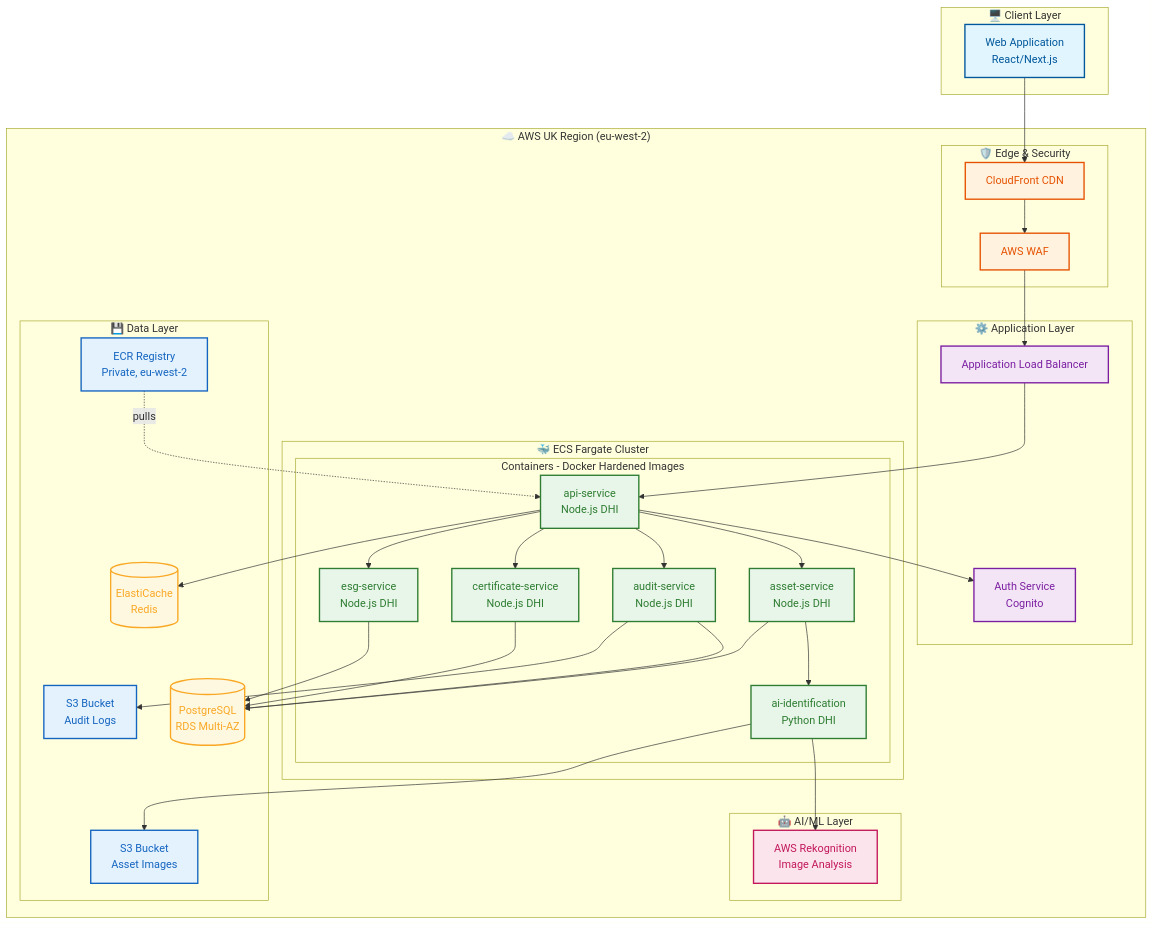
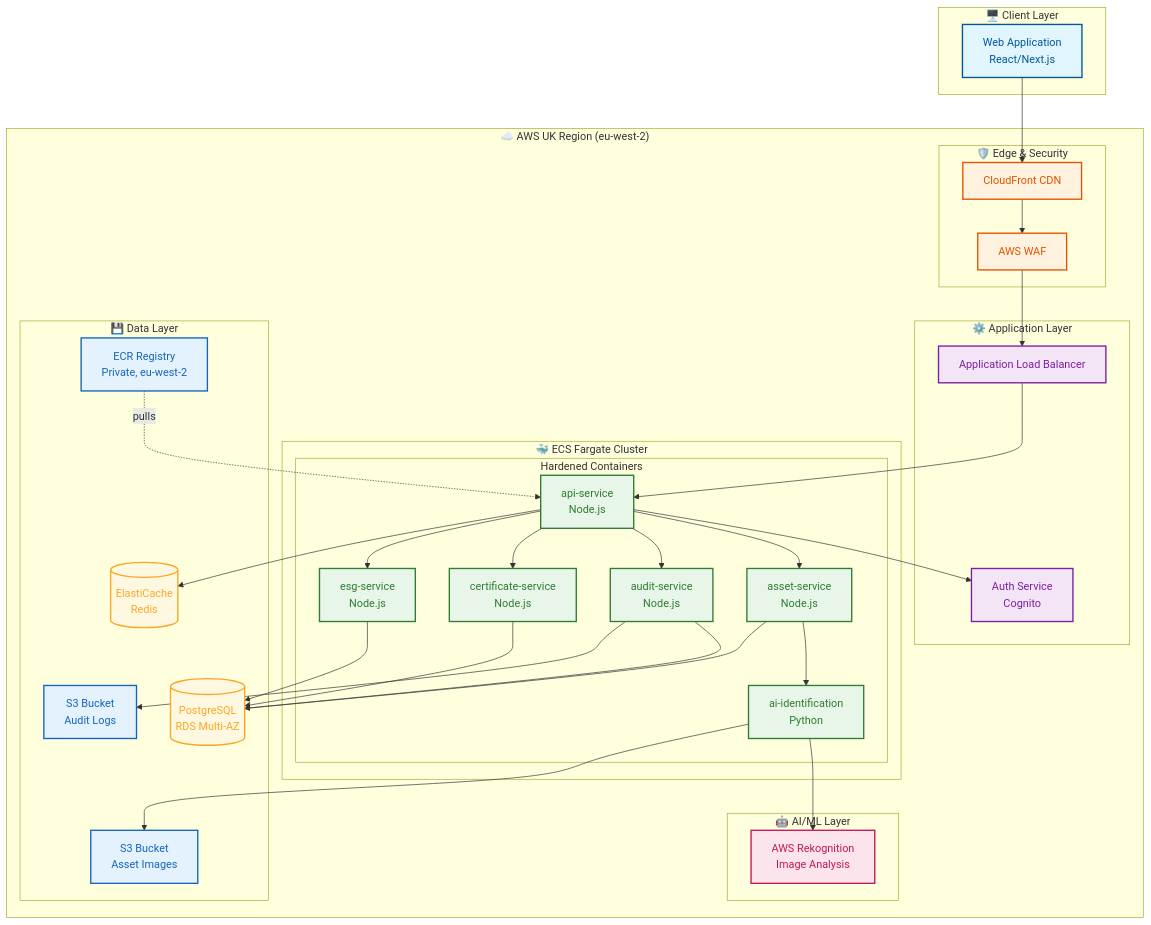
Before and after one commit to nugehs/ai-reclaim-m0: the first of 3 diagrams in docs/01-system-architecture/README.md, drawn with Mermaid. The commit also changed other lines of this file and 6 other files, not shown here.

````diff
--- a/docs/01-system-architecture/README.md
+++ b/docs/01-system-architecture/README.md
@@ -96,78 +96,78 @@
 ```mermaid
 graph TB
     subgraph CLIENT["🖥️ Client Layer"]
         WEB[Web Application<br/>React/Next.js]
     end
 
     subgraph AWS["☁️ AWS UK Region (eu-west-2)"]
         subgraph EDGE["🛡️ Edge & Security"]
             CF[CloudFront CDN]
             WAF[AWS WAF]
         end
 
         subgraph APP["⚙️ Application Layer"]
             ALB[Application Load Balancer]
             AUTH[Auth Service<br/>Cognito]
         end
 
         subgraph ECS["🐳 ECS Fargate Cluster"]
-            subgraph CONTAINERS["Containers - Docker Hardened Images"]
-                API[api-service<br/>Node.js DHI]
-                ASSET[asset-service<br/>Node.js DHI]
-                AUDIT[audit-service<br/>Node.js DHI]
-                CERT[certificate-service<br/>Node.js DHI]
-                ESG[esg-service<br/>Node.js DHI]
-                AIID[ai-identification<br/>Python DHI]
+            subgraph CONTAINERS["Hardened Containers"]
+                API[api-service<br/>Node.js]
+                ASSET[asset-service<br/>Node.js]
+                AUDIT[audit-service<br/>Node.js]
+                CERT[certificate-service<br/>Node.js]
+                ESG[esg-service<br/>Node.js]
+                AIID[ai-identification<br/>Python]
             end
         end
 
         subgraph AIML["🤖 AI/ML Layer"]
             REKOGNITION[AWS Rekognition<br/>Image Analysis]
         end
 
         subgraph DATA["💾 Data Layer"]
             ECR[ECR Registry<br/>Private, eu-west-2]
             RDS[(PostgreSQL<br/>RDS Multi-AZ)]
             REDIS[(ElastiCache<br/>Redis)]
             S3[S3 Bucket<br/>Asset Images]
             S3AUDIT[S3 Bucket<br/>Audit Logs]
         end
     end
 
     WEB --> CF
     CF --> WAF
     WAF --> ALB
     ALB --> API
     API --> AUTH
     API --> ASSET
     API --> AUDIT
     API --> CERT
     API --> ESG
     ASSET --> AIID
     AIID --> REKOGNITION
     AIID --> S3
     ASSET --> RDS
     AUDIT --> RDS
     AUDIT --> S3AUDIT
     CERT --> RDS
     ESG --> RDS
     API --> REDIS
     ECR -.->|pulls| API
 
     %% Styling
     classDef clientStyle fill:#e1f5fe,stroke:#01579b,stroke-width:2px,color:#01579b
     classDef edgeStyle fill:#fff3e0,stroke:#e65100,stroke-width:2px,color:#e65100
     classDef appStyle fill:#f3e5f5,stroke:#7b1fa2,stroke-width:2px,color:#7b1fa2
     classDef containerStyle fill:#e8f5e9,stroke:#2e7d32,stroke-width:2px,color:#2e7d32
     classDef aiStyle fill:#fce4ec,stroke:#c2185b,stroke-width:2px,color:#c2185b
     classDef dataStyle fill:#e3f2fd,stroke:#1565c0,stroke-width:2px,color:#1565c0
     classDef dbStyle fill:#fff8e1,stroke:#f9a825,stroke-width:2px,color:#f9a825
 
     class WEB clientStyle
     class CF,WAF edgeStyle
     class ALB,AUTH appStyle
     class API,ASSET,AUDIT,CERT,ESG,AIID containerStyle
     class REKOGNITION aiStyle
     class ECR,S3,S3AUDIT dataStyle
     class RDS,REDIS dbStyle
 ```
````
